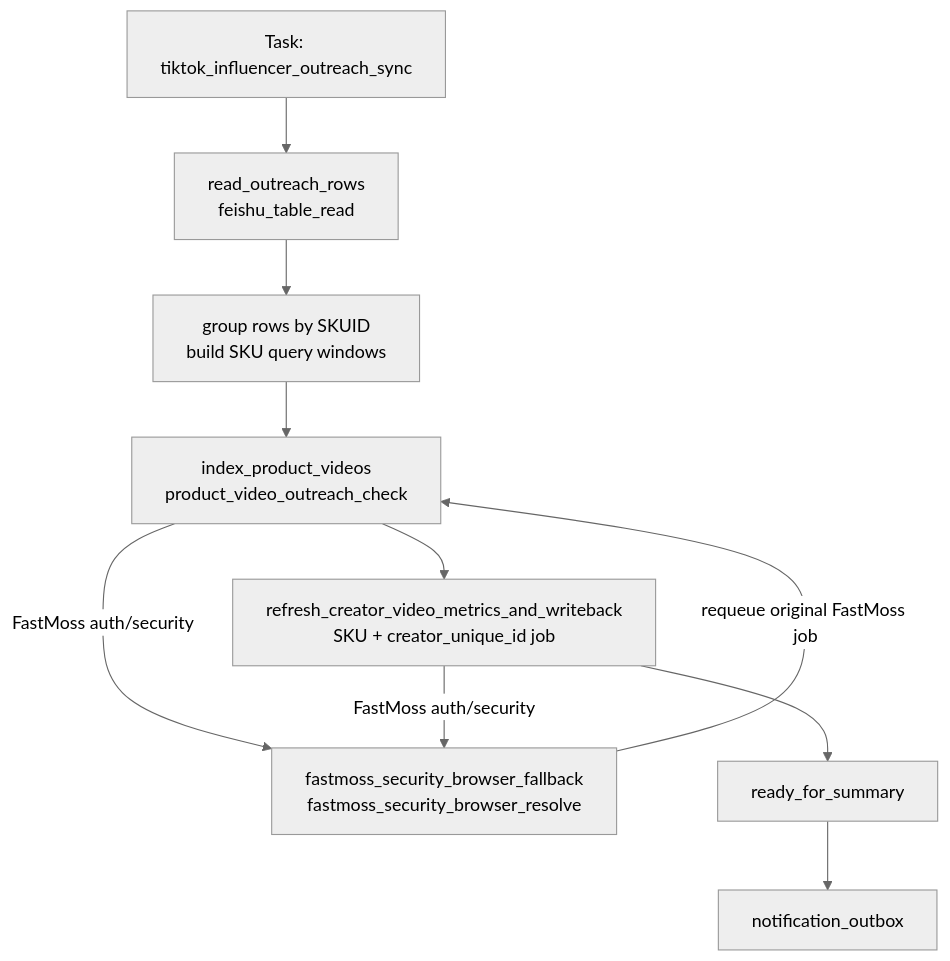
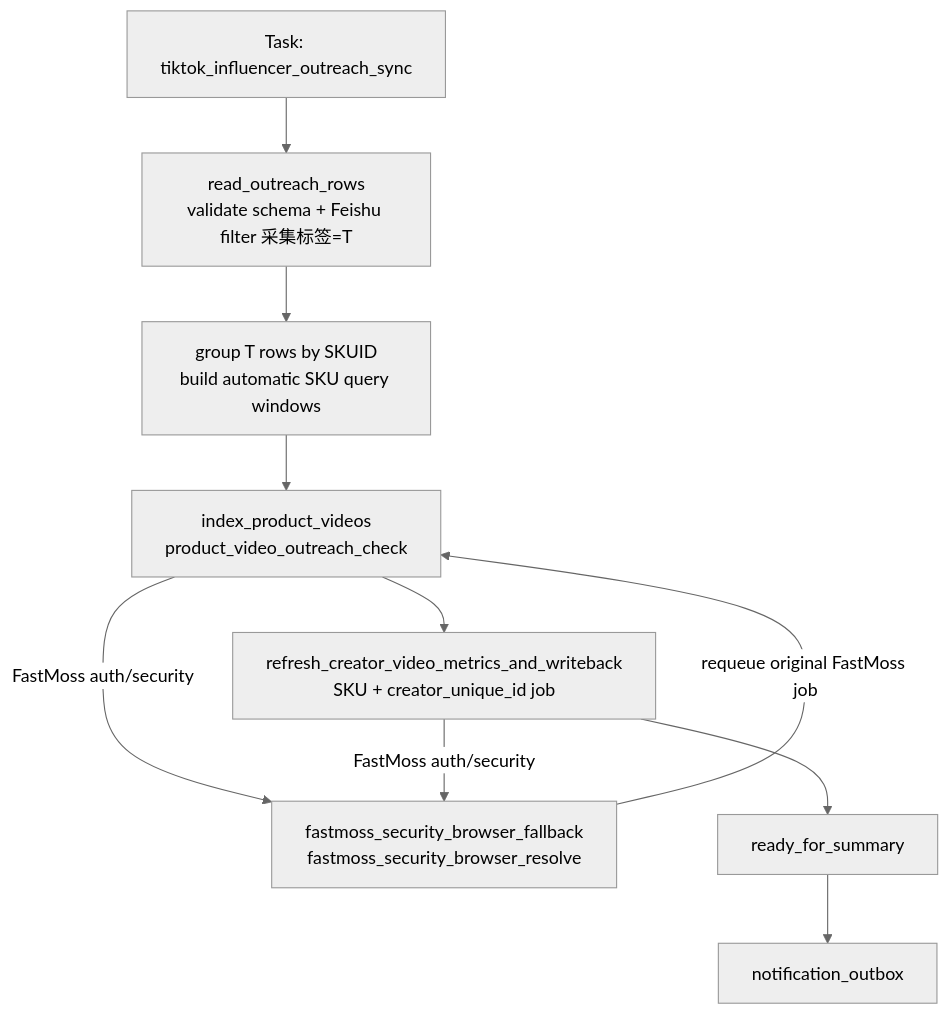
The diagram in docs/arch/workflow-influencer-outreach-design.md (knighterrantsky/mujitask), drawn with Mermaid (neutral theme) before and after one commit. The commit also changed other lines of this file and 23 other files, not shown here.

Commit message:
fix: hard-cut influencer outreach contract

````diff
--- a/docs/arch/workflow-influencer-outreach-design.md
+++ b/docs/arch/workflow-influencer-outreach-design.md
@@ -55,12 +71,12 @@
 ```mermaid
 flowchart TD
-    A["Task: tiktok_influencer_outreach_sync"] --> B["read_outreach_rows<br/>feishu_table_read"]
-    B --> C["group rows by SKUID<br/>build SKU query windows"]
+    A["Task: tiktok_influencer_outreach_sync"] --> B["read_outreach_rows<br/>validate schema + Feishu filter 采集标签=T"]
+    B --> C["group T rows by SKUID<br/>build automatic SKU query windows"]
     C --> D["index_product_videos<br/>product_video_outreach_check"]
     D -->|FastMoss auth/security| R["fastmoss_security_browser_fallback<br/>fastmoss_security_browser_resolve"]
     R -->|requeue original FastMoss job| D
     D --> E["refresh_creator_video_metrics_and_writeback<br/>SKU + creator_unique_id job"]
     E -->|FastMoss auth/security| R
     E --> G["ready_for_summary"]
     G --> H["notification_outbox"]
 ```
````
